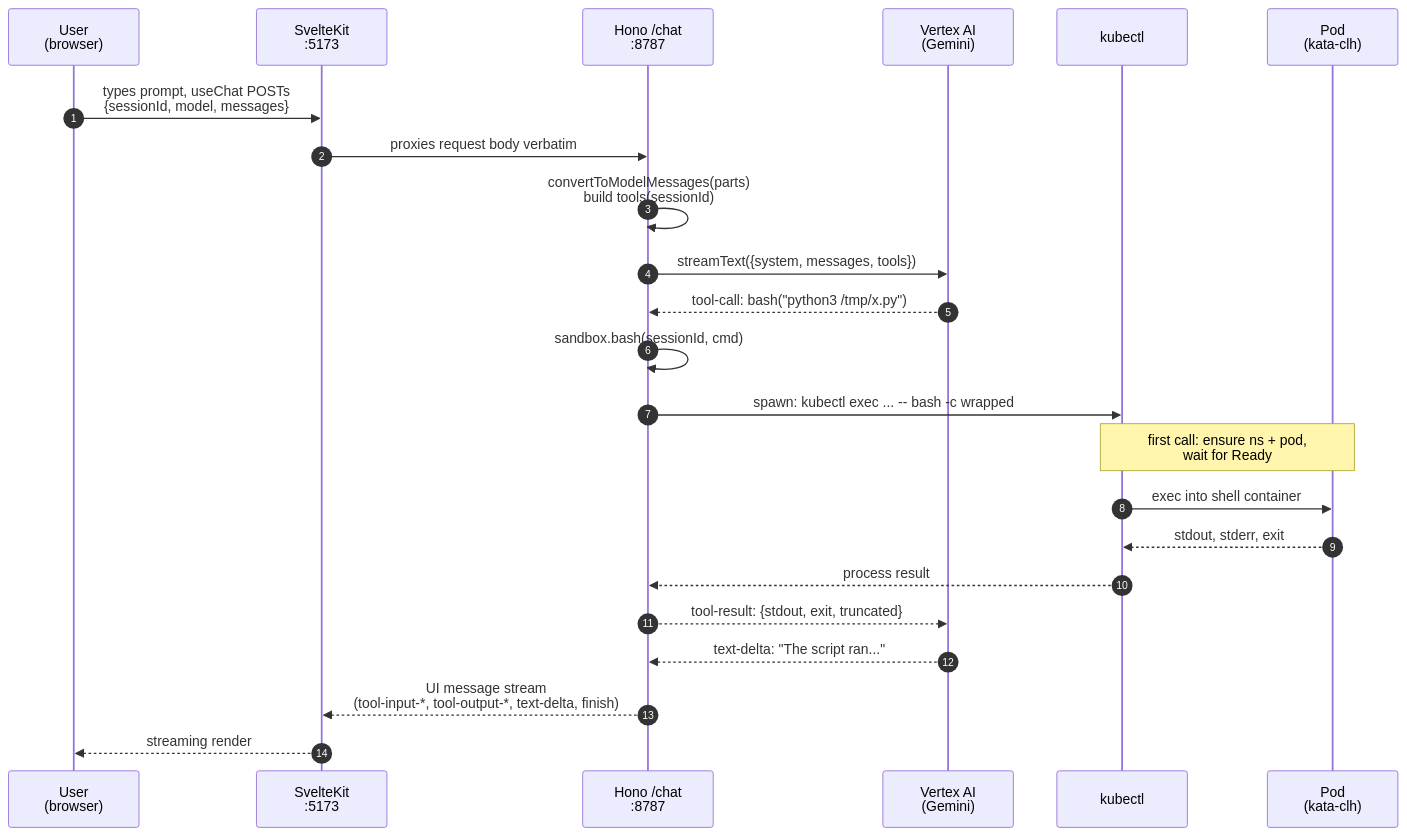
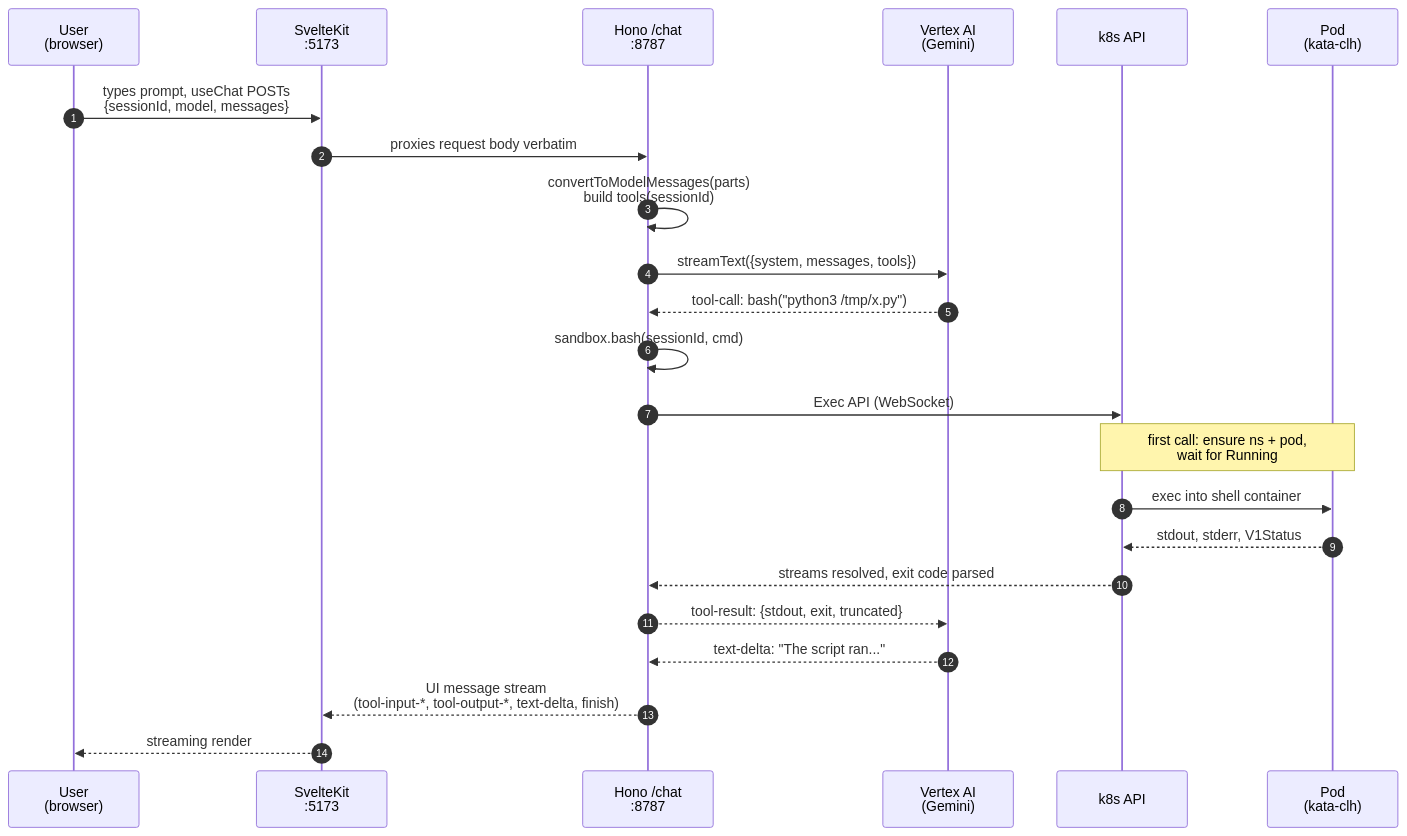
Before and after one commit to mikiastilahun/harness: the second of 5 diagrams in README.md, drawn with Mermaid. The commit also changed other lines of this file and 5 other files, not shown here.

````diff
--- a/README.md
+++ b/README.md
@@ -147,28 +149,28 @@
 ```mermaid
 sequenceDiagram
   autonumber
   participant U as User<br/>(browser)
   participant W as SvelteKit<br/>:5173
   participant A as Hono /chat<br/>:8787
   participant G as Vertex AI<br/>(Gemini)
-  participant K as kubectl
+  participant K as k8s API
   participant P as Pod<br/>(kata-clh)
 
   U->>W: types prompt, useChat POSTs<br/>{sessionId, model, messages}
   W->>A: proxies request body verbatim
   A->>A: convertToModelMessages(parts)<br/>build tools(sessionId)
   A->>G: streamText({system, messages, tools})
 
   G-->>A: tool-call: bash("python3 /tmp/x.py")
   A->>A: sandbox.bash(sessionId, cmd)
-  A->>K: spawn: kubectl exec ... -- bash -c wrapped
-  Note over K,P: first call: ensure ns + pod,<br/>wait for Ready
+  A->>K: Exec API (WebSocket)
+  Note over K,P: first call: ensure ns + pod,<br/>wait for Running
   K->>P: exec into shell container
-  P-->>K: stdout, stderr, exit
-  K-->>A: process result
+  P-->>K: stdout, stderr, V1Status
+  K-->>A: streams resolved, exit code parsed
   A-->>G: tool-result: {stdout, exit, truncated}
 
   G-->>A: text-delta: "The script ran..."
   A-->>W: UI message stream<br/>(tool-input-*, tool-output-*, text-delta, finish)
   W-->>U: streaming render
 ```
````
